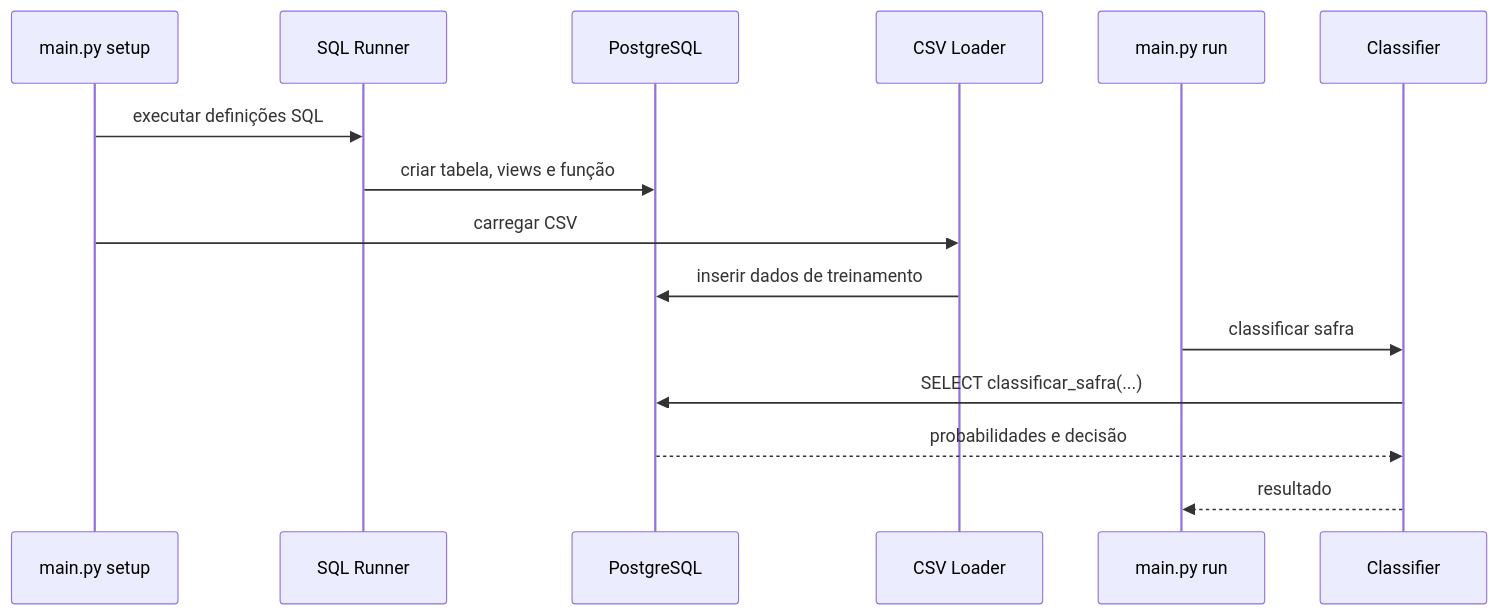
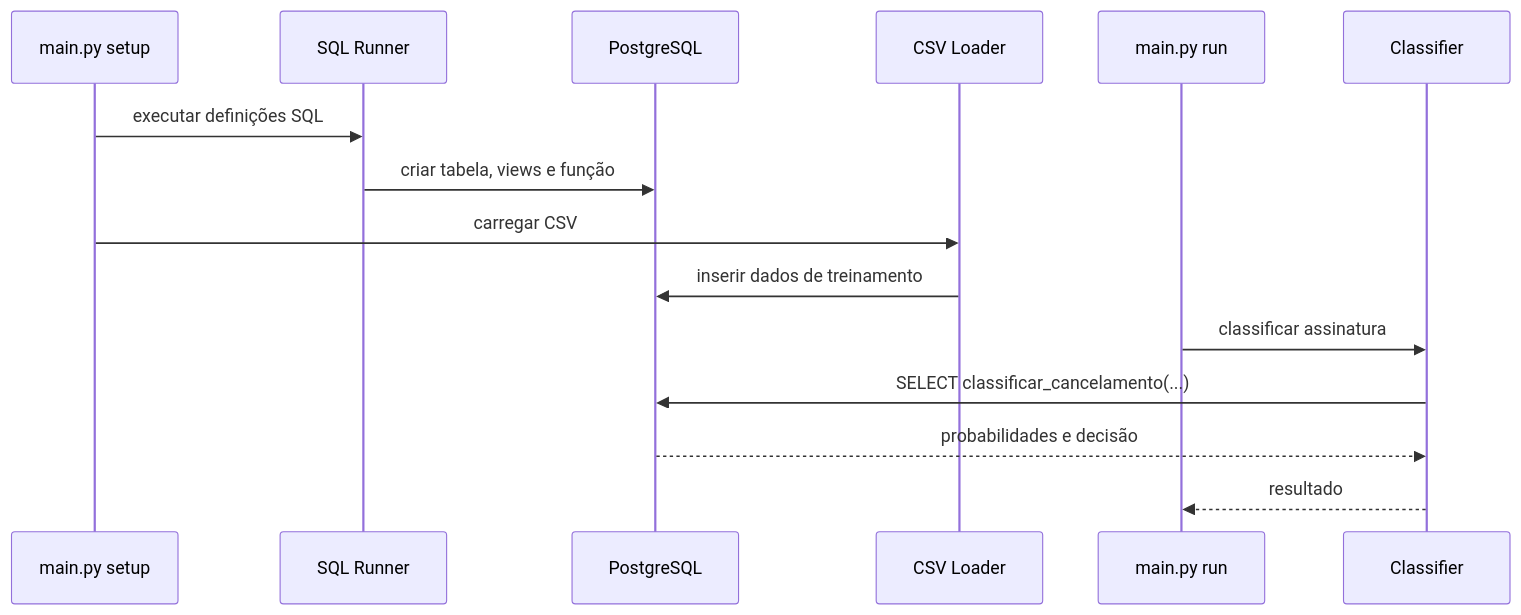
The third of 4 diagrams in README.md (DiogoAug16/safra-rentavel), drawn with Mermaid before and after one commit. The commit also changed other lines of this file and 24 other files, not shown here.

````diff
--- a/README.md
+++ b/README.md
@@ -291,20 +265,20 @@
 ```mermaid
 sequenceDiagram
     participant D as main.py setup
     participant S as SQL Runner
     participant P as PostgreSQL
     participant C as CSV Loader
     participant M as main.py run
     participant N as Classifier
 
     D->>S: executar definições SQL
     S->>P: criar tabela, views e função
 
     D->>C: carregar CSV
     C->>P: inserir dados de treinamento
 
-    M->>N: classificar safra
-    N->>P: SELECT classificar_safra(...)
+    M->>N: classificar assinatura
+    N->>P: SELECT classificar_cancelamento(...)
     P-->>N: probabilidades e decisão
     N-->>M: resultado
 ```
````
